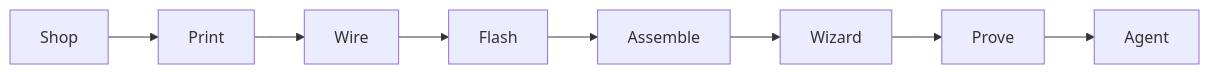
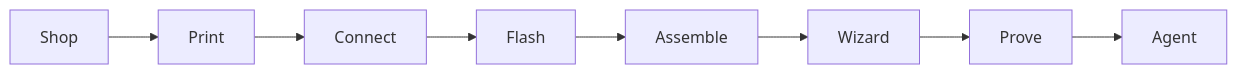
The diagram in docs/getting-started.md (jamro/tiny-engineer), drawn with Mermaid before and after one commit. The commit also changed other lines of this file and 32 other files, not shown here.

````diff
--- a/docs/getting-started.md
+++ b/docs/getting-started.md
@@ -23,13 +21,13 @@
 ```mermaid
 flowchart LR
   shop[Shop]
   print[Print]
-  wire[Wire]
+  connect[Connect]
   flash[Flash]
   mech[Assemble]
   wiz[Wizard]
   prove[Prove]
   agent[Agent]
 
-  shop --> print --> wire --> flash --> mech --> wiz --> prove --> agent
+  shop --> print --> connect --> flash --> mech --> wiz --> prove --> agent
 ```
````
